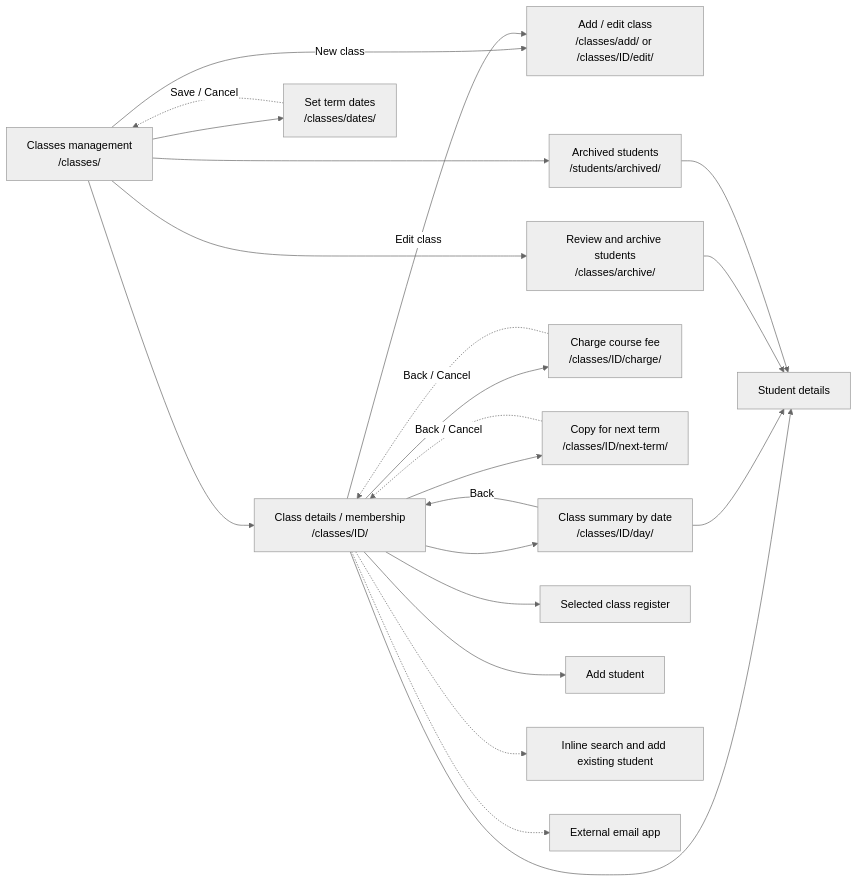
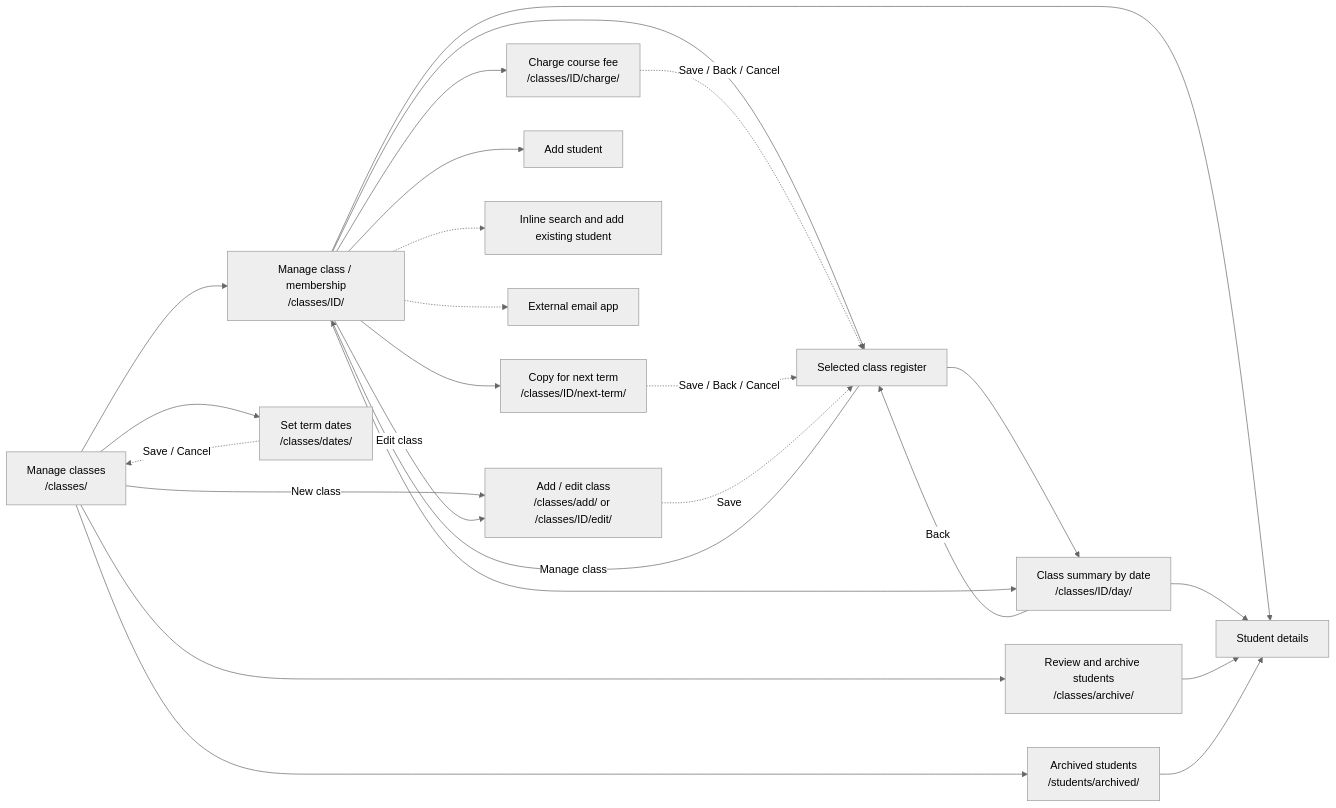
Before and after one commit to shug1062/liz_materials: the third of 4 diagrams in django_app/PAGE_MAP.md, drawn with Mermaid (neutral theme). The commit also changed other lines of this file and 21 other files, not shown here.

````diff
--- a/django_app/PAGE_MAP.md
+++ b/django_app/PAGE_MAP.md
@@ -131,37 +147,40 @@
 ```mermaid
 flowchart LR
-    Classes["Classes management<br/>/classes/"]
-    ClassDetails["Class details / membership<br/>/classes/ID/"]
+    Classes["Manage classes<br/>/classes/"]
+    ClassDetails["Manage class / membership<br/>/classes/ID/"]
     ClassForm["Add / edit class<br/>/classes/add/ or /classes/ID/edit/"]
     Dates["Set term dates<br/>/classes/dates/"]
     Review["Review and archive students<br/>/classes/archive/"]
     Archived["Archived students<br/>/students/archived/"]
     Fee["Charge course fee<br/>/classes/ID/charge/"]
     Term["Copy for next term<br/>/classes/ID/next-term/"]
     Day["Class summary by date<br/>/classes/ID/day/"]
     RegisterClass["Selected class register"]
     Student["Student details"]
     NewStudent["Add student"]
 
     Classes --> ClassDetails
     Classes -->|New class| ClassForm
     Classes --> Dates
     Classes --> Review
     Classes --> Archived
+    RegisterClass -->|Manage class| ClassDetails
+    RegisterClass --> Day
     ClassDetails -->|Edit class| ClassForm
     ClassDetails --> Fee
     ClassDetails --> Term
     ClassDetails --> Day
     ClassDetails --> RegisterClass
     ClassDetails --> Student
     ClassDetails --> NewStudent
     ClassDetails -.-> Membership["Inline search and add existing student"]
     ClassDetails -.-> Email["External email app"]
     Day --> Student
-    Day -->|Back| ClassDetails
+    Day -->|Back| RegisterClass
     Review --> Student
     Archived --> Student
     Dates -.->|Save / Cancel| Classes
-    Fee -.->|Back / Cancel| ClassDetails
-    Term -.->|Back / Cancel| ClassDetails
+    Fee -.->|Save / Back / Cancel| RegisterClass
+    Term -.->|Save / Back / Cancel| RegisterClass
+    ClassForm -.->|Save| RegisterClass
 ```
````
